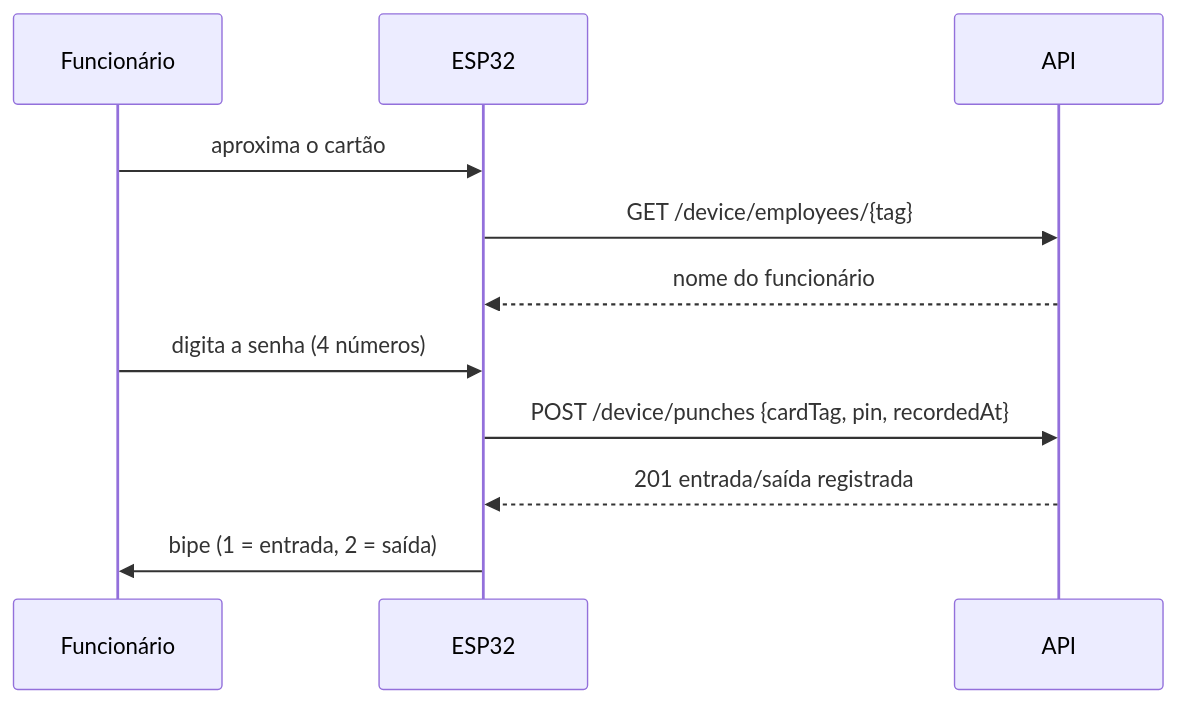
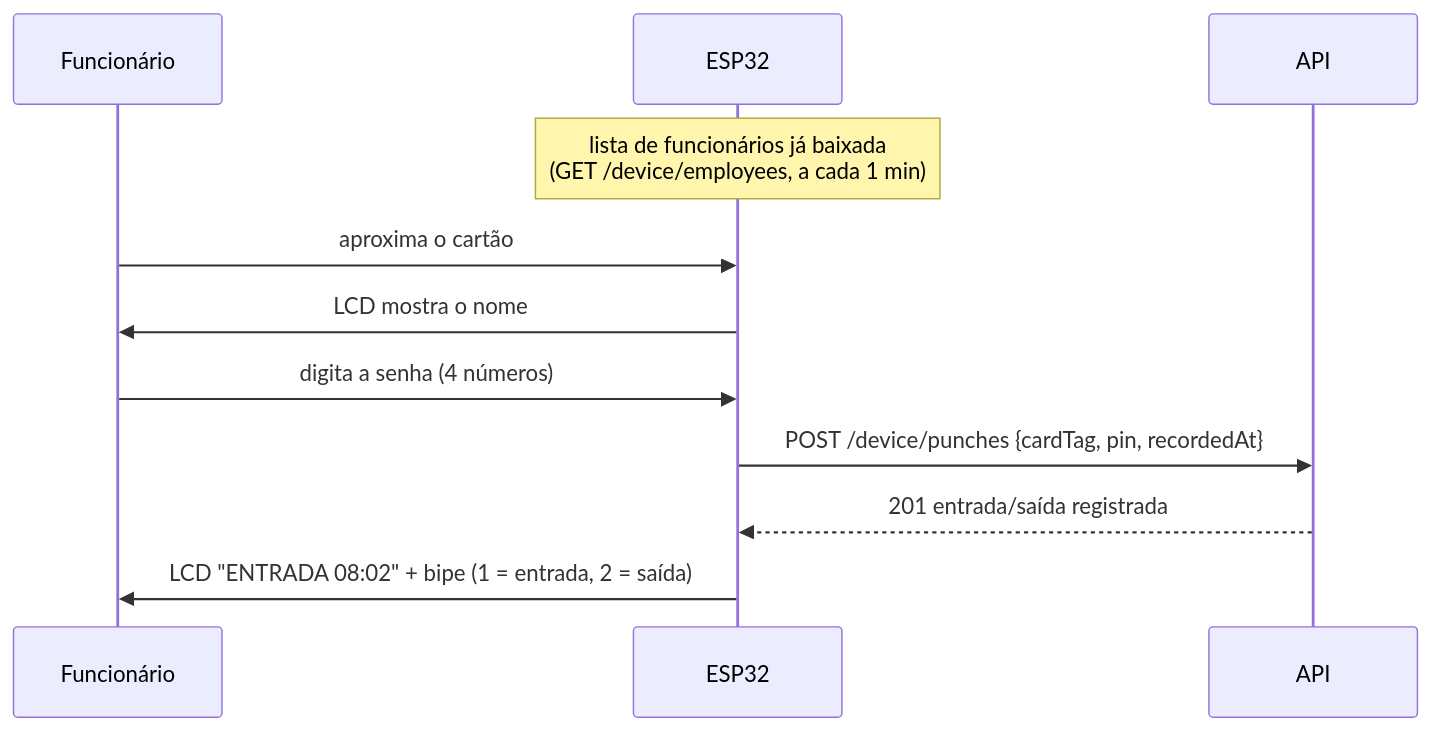
Before and after one commit to kappannotavio/ponto-eletronico: the second of 3 diagrams in README.md, drawn with Mermaid. The commit also changed other lines of this file, not shown here.

First line of the commit message:
docs: document ESP32 wiring, SD card, LCD, RTC and offline employee list

````diff
--- a/README.md
+++ b/README.md
@@ -263,13 +278,13 @@
 ```mermaid
 sequenceDiagram
   participant F as Funcionário
   participant E as ESP32
   participant A as API
+  Note over E: lista de funcionários já baixada<br/>(GET /device/employees, a cada 1 min)
   F->>E: aproxima o cartão
-  E->>A: GET /device/employees/{tag}
-  A-->>E: nome do funcionário
+  E->>F: LCD mostra o nome
   F->>E: digita a senha (4 números)
   E->>A: POST /device/punches {cardTag, pin, recordedAt}
   A-->>E: 201 entrada/saída registrada
-  E->>F: bipe (1 = entrada, 2 = saída)
+  E->>F: LCD "ENTRADA 08:02" + bipe (1 = entrada, 2 = saída)
 ```
````
